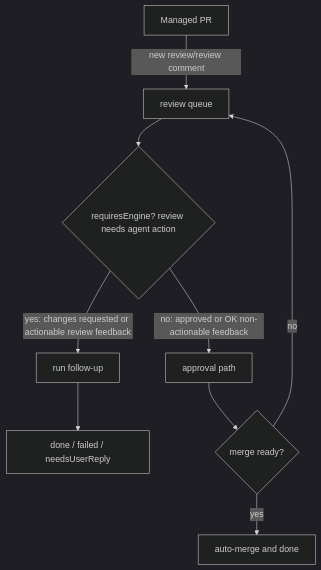
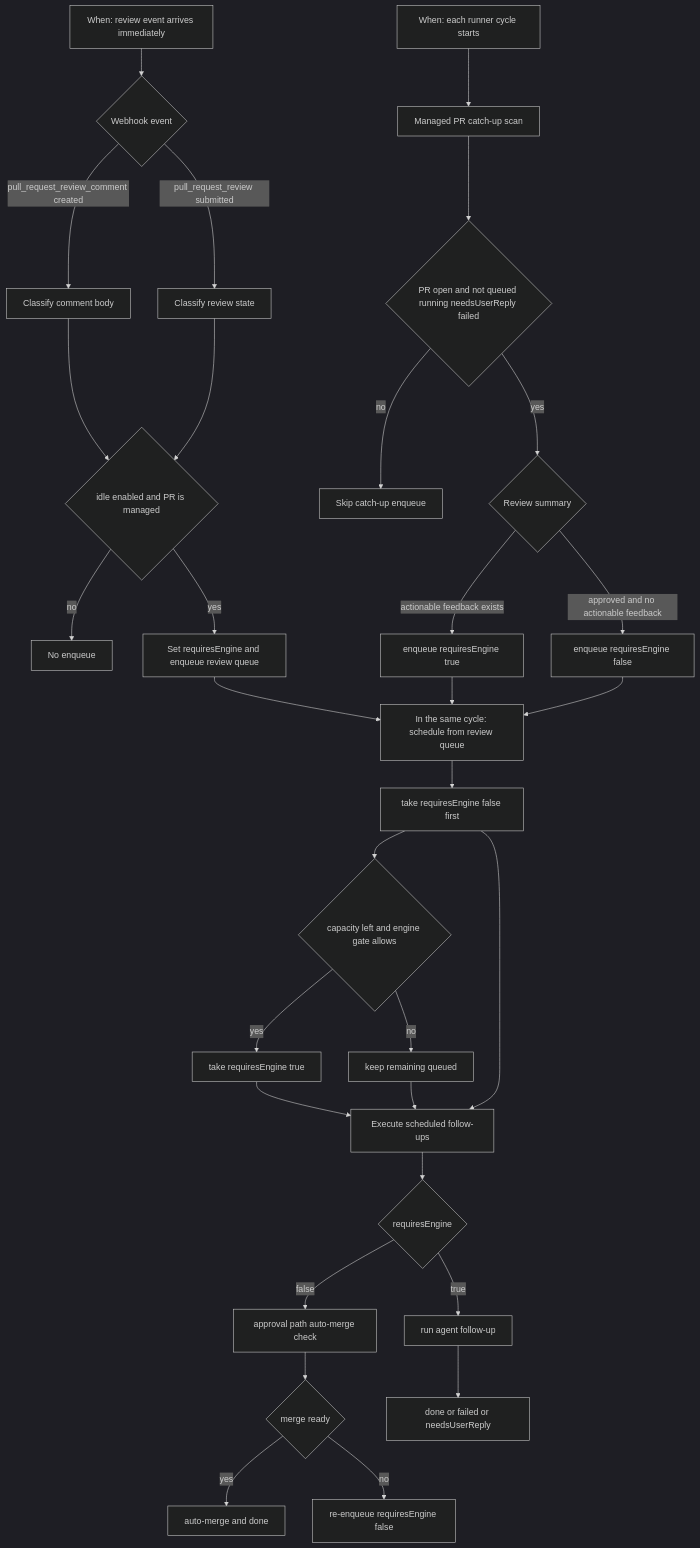
The second of 2 diagrams in README.md (metyatech/agent-runner), drawn with Mermaid (dark theme) before and after one commit. The commit also changed other lines of this file, not shown here.

Commit message:
docs: clarify managed PR follow-up timing flow

````diff
--- a/README.md
+++ b/README.md
@@ -488,11 +488,36 @@
 ```mermaid
 flowchart TD
-  A[Managed PR] -->|new review/review comment| B[review queue]
-  B --> C{requiresEngine? review needs agent action}
-  C -->|yes: changes requested or actionable review feedback| D[run follow-up]
-  D --> E[done / failed / needsUserReply]
-  C -->|no: approved or OK non-actionable feedback| F[approval path]
-  F --> G{merge ready?}
-  G -->|yes| H[auto-merge and done]
-  G -->|no| B
+  W1[When: review event arrives immediately] --> W2{Webhook event}
+  W2 -->|pull_request_review_comment created| W3[Classify comment body]
+  W2 -->|pull_request_review submitted| W4[Classify review state]
+  W3 --> W5{idle enabled and PR is managed}
+  W4 --> W5
+  W5 -->|no| X1[No enqueue]
+  W5 -->|yes| W6[Set requiresEngine and enqueue review queue]
+
+  C1[When: each runner cycle starts] --> C2[Managed PR catch-up scan]
+  C2 --> C3{PR open and not queued running needsUserReply failed}
+  C3 -->|no| X2[Skip catch-up enqueue]
+  C3 -->|yes| C4{Review summary}
+  C4 -->|actionable feedback exists| C5[enqueue requiresEngine true]
+  C4 -->|approved and no actionable feedback| C6[enqueue requiresEngine false]
+
+  W6 --> S1[In the same cycle: schedule from review queue]
+  C5 --> S1
+  C6 --> S1
+  S1 --> S2[take requiresEngine false first]
+  S2 --> S3{capacity left and engine gate allows}
+  S3 -->|yes| S4[take requiresEngine true]
+  S3 -->|no| S5[keep remaining queued]
+  S4 --> E1[Execute scheduled follow-ups]
+  S5 --> E1
+  S2 --> E1
+
+  E1 --> E2{requiresEngine}
+  E2 -->|false| E3[approval path auto-merge check]
+  E3 --> E4{merge ready}
+  E4 -->|yes| E5[auto-merge and done]
+  E4 -->|no| E6[re-enqueue requiresEngine false]
+  E2 -->|true| E7[run agent follow-up]
+  E7 --> E8[done or failed or needsUserReply]
 ```
````
